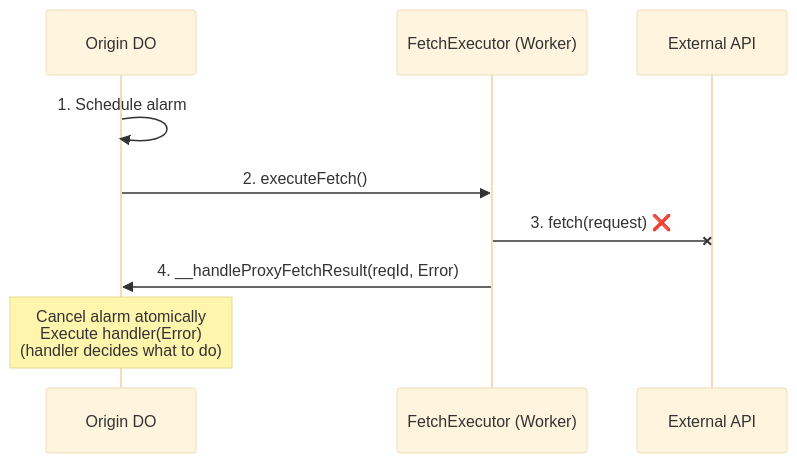
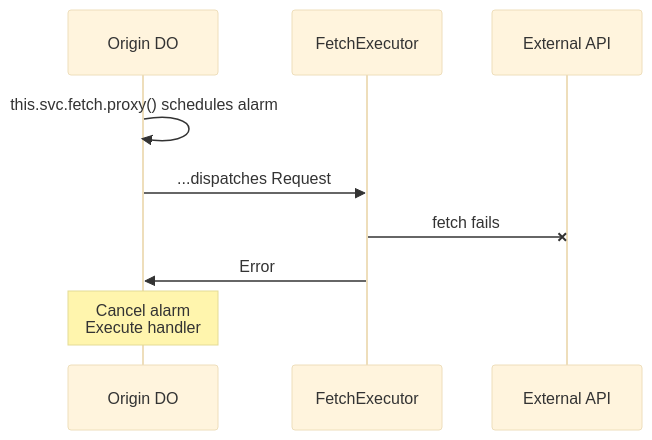
One commit to lumenize/lumenize changed the second of 4 diagrams in website/docs/fetch/architecture-and-failure-modes.mdx. Above: the diagram before and after it, drawn with Mermaid (base theme). The commit also changed other lines of this file and 384 other files, not shown here.

````diff
--- a/website/docs/fetch/architecture-and-failure-modes.mdx
+++ b/website/docs/fetch/architecture-and-failure-modes.mdx
@@ -288,14 +42,14 @@
-```mermaid @skip-check
+```mermaid
 sequenceDiagram
     participant Origin as Origin DO
-    participant Exec as FetchExecutor (Worker)
+    participant Exec as FetchExecutor
     participant API as External API
 
-    Origin->>Origin: 1. Schedule alarm
-    Origin->>Exec: 2. executeFetch()
-    
-    Exec-xAPI: 3. fetch(request) ❌
-    
-    Exec->>Origin: 4. __handleProxyFetchResult(reqId, Error)
-    Note over Origin: Cancel alarm atomically<br/>Execute handler(Error)<br/>(handler decides what to do)
+    Origin->>Origin: this.svc.fetch.proxy() schedules alarm
+    Origin->>Exec: ...dispatches Request
+
+    Exec-xAPI: fetch fails
+
+    Exec->>Origin: Error
+    Note over Origin: Cancel alarm<br/>Execute handler
 ```
````
